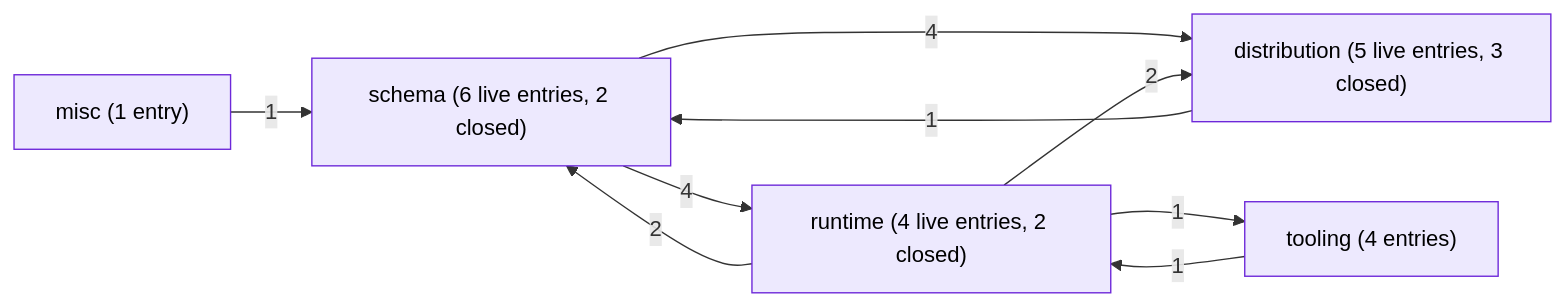
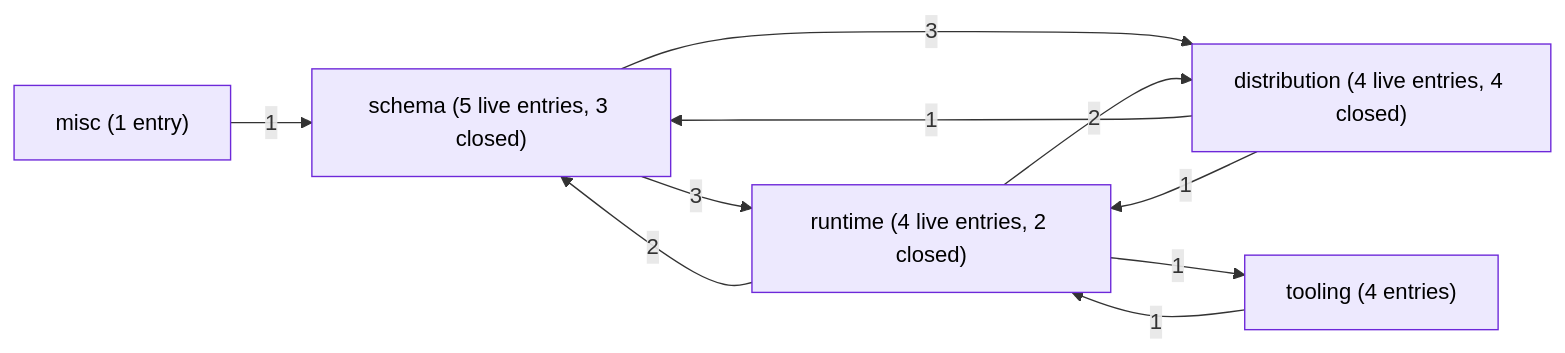
Before and after one commit to open-platform-model/enhancements: the first of 7 diagrams in GRAPH.md, drawn with Mermaid. The commit also changed other lines of this file and 1 other file, not shown here.

Commit message:
docs(index): regenerate INDEX.md and GRAPH.md

````diff
--- a/GRAPH.md
+++ b/GRAPH.md
@@ -18,26 +18,27 @@
 ```mermaid
 graph LR
   classDef draft       fill:#fef3c7,stroke:#b45309,color:#000
   classDef accepted    fill:#dbeafe,stroke:#1d4ed8,color:#000
   classDef rejected    fill:#fee2e2,stroke:#b91c1c,color:#7f1d1d,stroke-dasharray:4 2
   classDef superseded  fill:#e5e7eb,stroke:#6b7280,color:#6b7280
   classDef delivered   fill:#dcfce7,stroke:#15803d,color:#14532d
   classDef legacy      fill:#fafafa,stroke:#9ca3af,color:#6b7280,stroke-dasharray:3 3
   classDef stub        fill:#f3f4f6,stroke:#9ca3af,color:#374151
   classDef category    fill:#ede9fe,stroke:#6d28d9,color:#000
 
-  Cschema["schema (6 live entries, 2 closed)"]:::category
+  Cschema["schema (5 live entries, 3 closed)"]:::category
   Cruntime["runtime (4 live entries, 2 closed)"]:::category
-  Cdistribution["distribution (5 live entries, 3 closed)"]:::category
+  Cdistribution["distribution (4 live entries, 4 closed)"]:::category
   Ctooling["tooling (4 entries)"]:::category
   Cmisc["misc (1 entry)"]:::category
 
-  Cschema -->|4| Cruntime
-  Cschema -->|4| Cdistribution
+  Cschema -->|3| Cruntime
+  Cschema -->|3| Cdistribution
   Cruntime -->|2| Cschema
   Cruntime -->|2| Cdistribution
   Cruntime -->|1| Ctooling
   Cdistribution -->|1| Cschema
+  Cdistribution -->|1| Cruntime
   Ctooling -->|1| Cruntime
   Cmisc -->|1| Cschema
 ```
````
